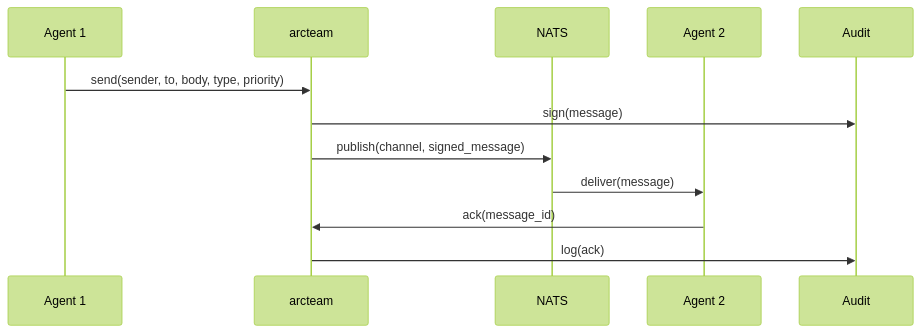
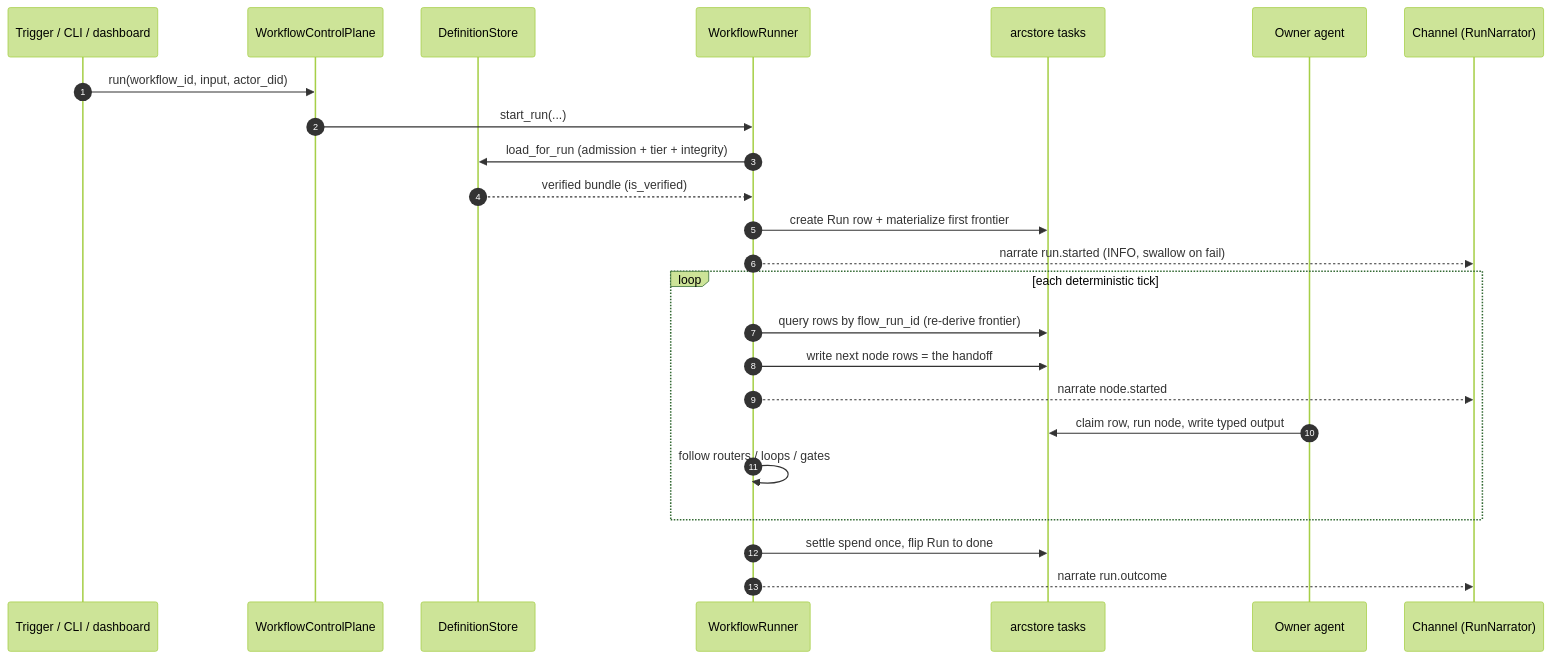
The second of 2 diagrams in docs/building/packages/arcteam.md (joshuamschultz/Arc), drawn with Mermaid (forest theme) before and after one commit. The commit also changed other lines of this file and 13 other files, not shown here.

````diff
--- a/docs/building/packages/arcteam.md
+++ b/docs/building/packages/arcteam.md
@@ -105,15 +583,27 @@
 ```mermaid
 sequenceDiagram
-    participant A as Agent 1
-    participant Team as arcteam
-    participant Backend as NATS
-    participant B as Agent 2
-    participant Audit as Audit
+    autonumber
+    participant Trigger as Trigger / CLI / dashboard
+    participant CP as WorkflowControlPlane
+    participant Store as DefinitionStore
+    participant Runner as WorkflowRunner
+    participant Tasks as arcstore tasks
+    participant Agent as Owner agent
+    participant Chan as Channel (RunNarrator)
 
-    A->>Team: send(sender, to, body, type, priority)
-    Team->>Audit: sign(message)
-    Team->>Backend: publish(channel, signed_message)
-    Backend->>B: deliver(message)
-    B->>Team: ack(message_id)
-    Team->>Audit: log(ack)
+    Trigger->>CP: run(workflow_id, input, actor_did)
+    CP->>Runner: start_run(...)
+    Runner->>Store: load_for_run (admission + tier + integrity)
+    Store-->>Runner: verified bundle (is_verified)
+    Runner->>Tasks: create Run row + materialize first frontier
+    Runner-->>Chan: narrate run.started (INFO, swallow on fail)
+    loop each deterministic tick
+        Runner->>Tasks: query rows by flow_run_id (re-derive frontier)
+        Runner->>Tasks: write next node rows = the handoff
+        Runner-->>Chan: narrate node.started
+        Agent->>Tasks: claim row, run node, write typed output
+        Runner->>Runner: follow routers / loops / gates
+    end
+    Runner->>Tasks: settle spend once, flip Run to done
+    Runner-->>Chan: narrate run.outcome
 ```
````
